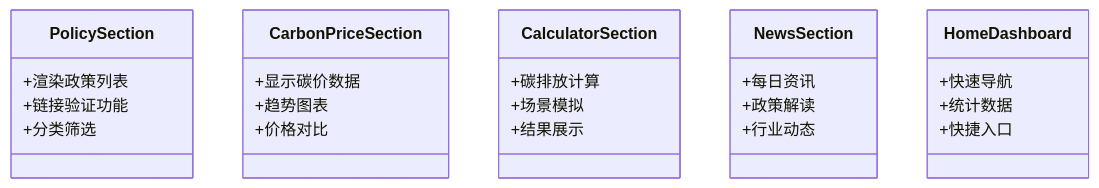
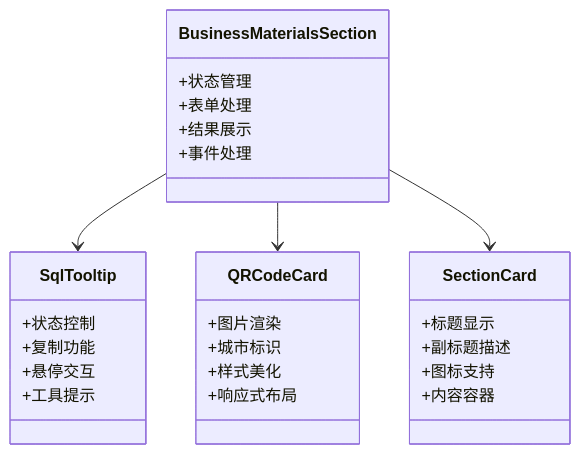
The second of 6 diagrams in .qoder/repowiki/zh/content/功能模块/业务材料模块.md (liangxuanliang-cmd/carbon-info-agent), drawn with Mermaid before and after one commit. The commit also changed other lines of this file and 33 other files, not shown here.

````diff
--- a/.qoder/repowiki/zh/content/功能模块/业务材料模块.md
+++ b/.qoder/repowiki/zh/content/功能模块/业务材料模块.md
@@ -74,28 +81,30 @@
 ```mermaid
 classDiagram
-class PolicySection {
-+渲染政策列表
-+链接验证功能
-+分类筛选
+class BusinessMaterialsSection {
++状态管理
++表单处理
++结果展示
++事件处理
 }
-class CarbonPriceSection {
-+显示碳价数据
-+趋势图表
-+价格对比
+class SqlTooltip {
++状态控制
++复制功能
++悬停交互
++工具提示
 }
-class CalculatorSection {
-+碳排放计算
-+场景模拟
-+结果展示
+class QRCodeCard {
++图片渲染
++城市标识
++样式美化
++响应式布局
 }
-class NewsSection {
-+每日资讯
-+政策解读
-+行业动态
+class SectionCard {
++标题显示
++副标题描述
++图标支持
++内容容器
 }
-class HomeDashboard {
-+快速导航
-+统计数据
-+快捷入口
-}
+BusinessMaterialsSection --> SqlTooltip
+BusinessMaterialsSection --> QRCodeCard
+BusinessMaterialsSection --> SectionCard
 ```
````
